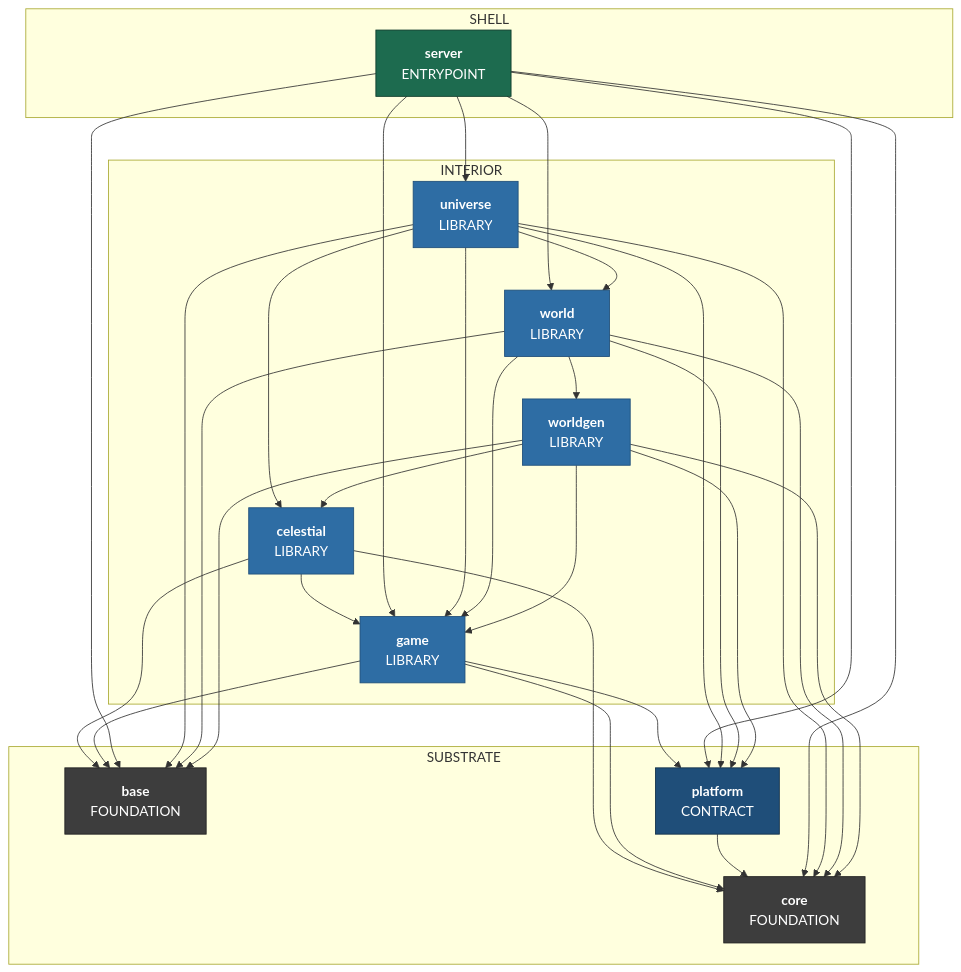
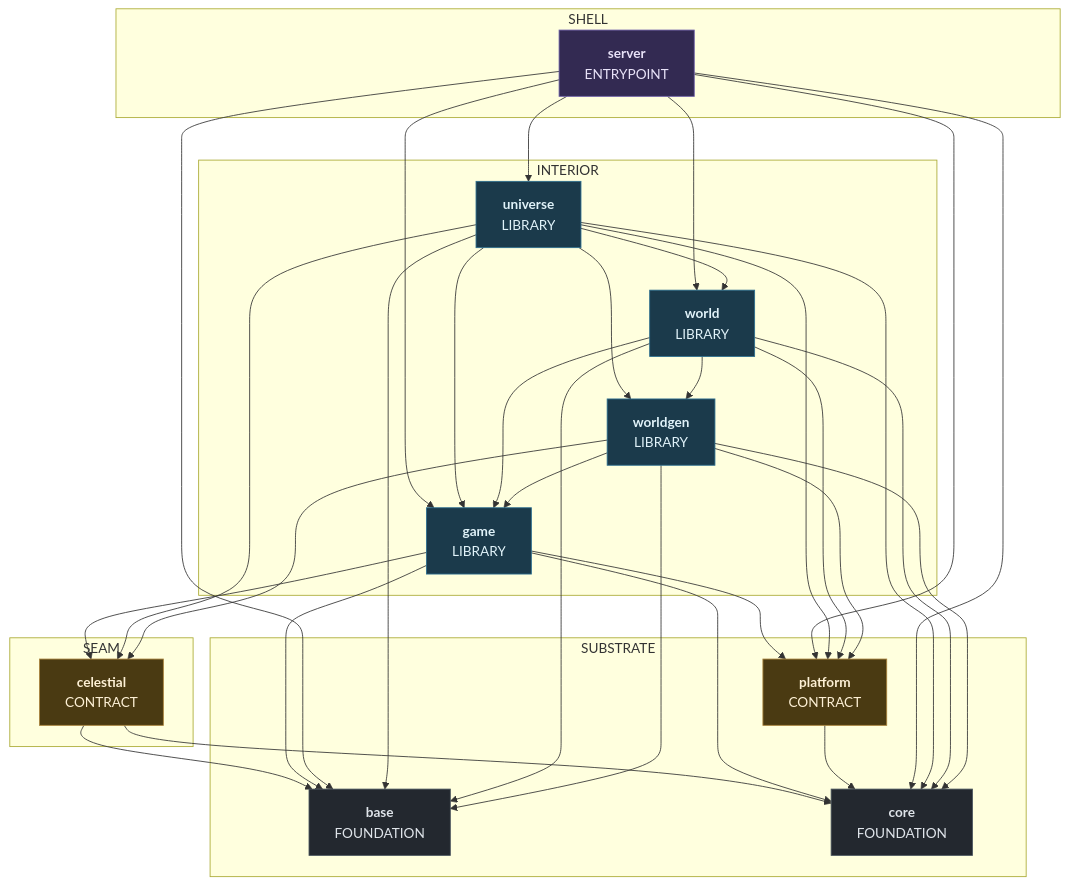
The eighth of 9 diagrams in docs/superpowers/specs/2026-08-01-sovereign-headless-client-design.md (apnex/OpenStarbound), drawn with Mermaid before and after one commit. The commit also changed other lines of this file and 1 other file, not shown here.

````diff
--- a/docs/superpowers/specs/2026-08-01-sovereign-headless-client-design.md
+++ b/docs/superpowers/specs/2026-08-01-sovereign-headless-client-design.md
@@ -1620,57 +1682,60 @@
 ```mermaid
 %% composition: server
 flowchart TD
   subgraph Z_SUBSTRATE ["SUBSTRATE"]
     base["<b>base</b><br/>FOUNDATION"]
     core["<b>core</b><br/>FOUNDATION"]
     platform["<b>platform</b><br/>CONTRACT"]
   end
+  subgraph Z_SEAM ["SEAM"]
+    celestial["<b>celestial</b><br/>CONTRACT"]
+  end
   subgraph Z_INTERIOR ["INTERIOR"]
-    celestial["<b>celestial</b><br/>LIBRARY"]
     game["<b>game</b><br/>LIBRARY"]
     universe["<b>universe</b><br/>LIBRARY"]
     world["<b>world</b><br/>LIBRARY"]
     worldgen["<b>worldgen</b><br/>LIBRARY"]
   end
   subgraph Z_SHELL ["SHELL"]
     server["<b>server</b><br/>ENTRYPOINT"]
   end
   celestial --> base
   celestial --> core
-  celestial --> game
   game --> base
+  game --> celestial
   game --> core
   game --> platform
   platform --> core
   server --> base
   server --> core
   server --> game
   server --> platform
   server --> universe
   server --> world
   universe --> base
   universe --> celestial
   universe --> core
   universe --> game
   universe --> platform
   universe --> world
+  universe --> worldgen
   world --> base
   world --> core
   world --> game
   world --> platform
   world --> worldgen
   worldgen --> base
   worldgen --> celestial
   worldgen --> core
   worldgen --> game
   worldgen --> platform
-  classDef kFoundation fill:#3d3d3d,stroke:#1f1f1f,color:#fff
-  classDef kContract fill:#1f4e79,stroke:#0f2d46,color:#fff
-  classDef kBackend fill:#7a3e9d,stroke:#4d2763,color:#fff
-  classDef kLibrary fill:#2e6da4,stroke:#1f4e79,color:#fff
-  classDef kEntrypoint fill:#1d6b4f,stroke:#0e3a2a,color:#fff
+  classDef kFoundation fill:#23282f,stroke:#4a545e,color:#dfe4ea
+  classDef kContract fill:#4a3a12,stroke:#a8813a,color:#fdf0d5
+  classDef kBackend fill:#5c2020,stroke:#aa3333,color:#ffe5e5
+  classDef kLibrary fill:#1b3a4b,stroke:#2c6e8f,color:#e0f2f9
+  classDef kEntrypoint fill:#332a52,stroke:#6d5fa8,color:#e8e2f8
   class base,core kFoundation
-  class platform kContract
-  class celestial,game,universe,world,worldgen kLibrary
+  class celestial,platform kContract
+  class game,universe,world,worldgen kLibrary
   class server kEntrypoint
 ```
````
